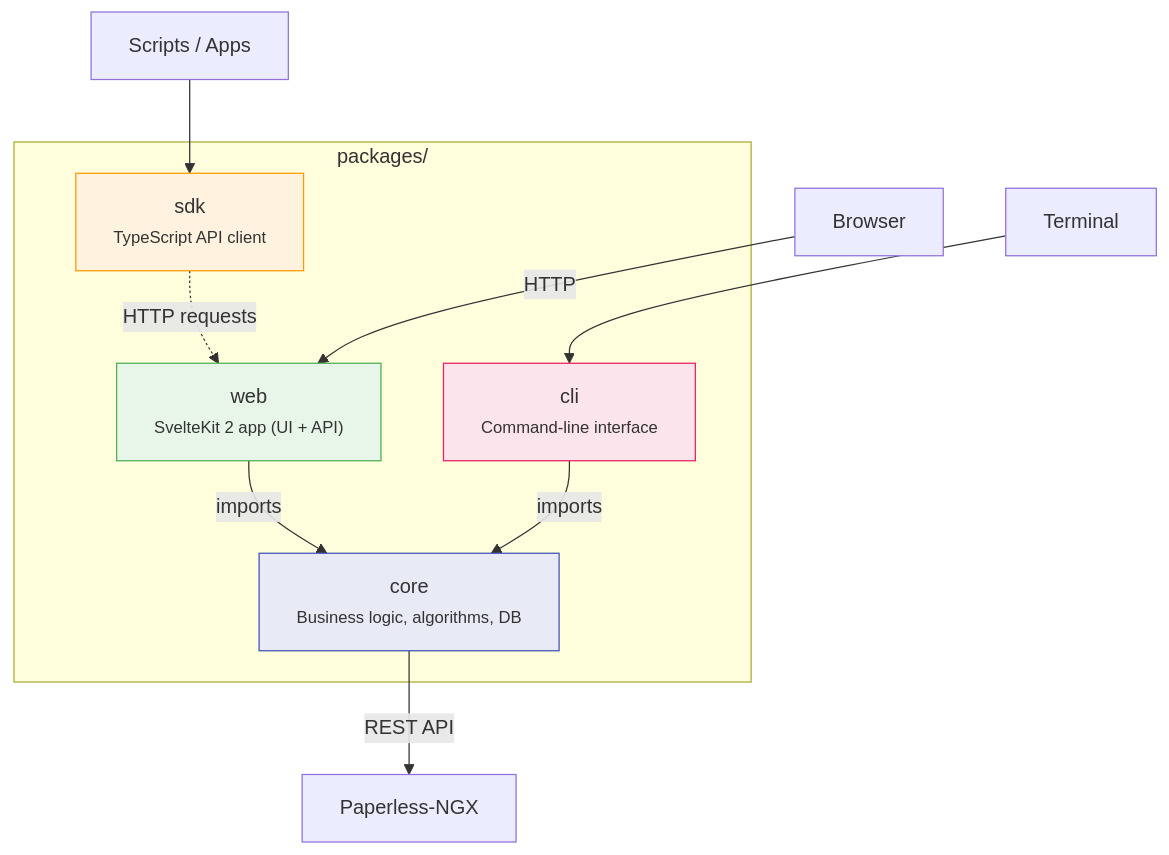
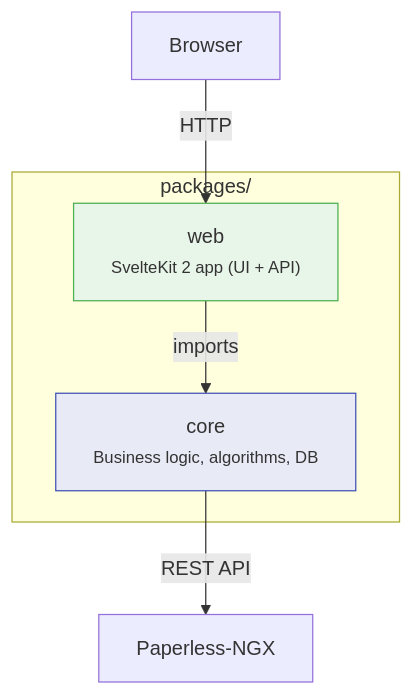
Before and after one commit to rknightion/paperless-ngx-dedupe: the first of 5 diagrams in docs/architecture.md, drawn with Mermaid. The commit also changed other lines of this file, not shown here.

Commit message:
docs: update architecture documentation for two-package structure

````diff
--- a/docs/architecture.md
+++ b/docs/architecture.md
@@ -12,28 +12,18 @@
 ```mermaid
 graph TD
     subgraph "packages/"
         Core["core<br/><small>Business logic, algorithms, DB</small>"]
         Web["web<br/><small>SvelteKit 2 app (UI + API)</small>"]
-        SDK["sdk<br/><small>TypeScript API client</small>"]
-        CLI["cli<br/><small>Command-line interface</small>"]
     end
 
     Web -->|"imports"| Core
-    CLI -->|"imports"| Core
-    SDK -.->|"HTTP requests"| Web
 
     Paperless["Paperless-NGX"]
     Browser["Browser"]
-    Terminal["Terminal"]
-    Script["Scripts / Apps"]
 
     Browser -->|"HTTP"| Web
-    Terminal --> CLI
-    Script --> SDK
     Core -->|"REST API"| Paperless
 
     style Core fill:#e8eaf6,stroke:#3f51b5
     style Web fill:#e8f5e9,stroke:#4caf50
-    style SDK fill:#fff3e0,stroke:#ff9800
-    style CLI fill:#fce4ec,stroke:#e91e63
 ```
````
